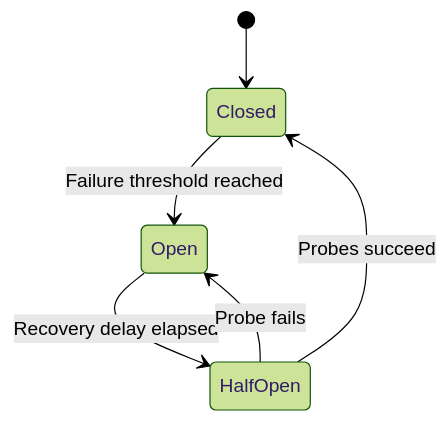
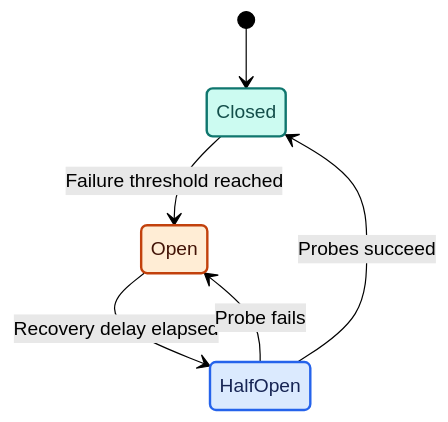
Before and after one commit to Shaktiprasadram22/system-design-26-week-roadmap: the first of 5 diagrams in chapters/03-reliability-security-and-lld.md, drawn with Mermaid (forest theme). The commit also changed other lines of this file and 21 other files, not shown here.

````diff
--- a/chapters/03-reliability-security-and-lld.md
+++ b/chapters/03-reliability-security-and-lld.md
@@ -43,8 +47,14 @@
 ```mermaid
 stateDiagram-v2
     [*] --> Closed
     Closed --> Open: Failure threshold reached
     Open --> HalfOpen: Recovery delay elapsed
     HalfOpen --> Closed: Probes succeed
     HalfOpen --> Open: Probe fails
+    classDef stable fill:#ccfbf1,stroke:#0f766e,color:#134e4a,stroke-width:2px;
+    classDef blocked fill:#ffedd5,stroke:#c2410c,color:#431407,stroke-width:2px;
+    classDef probe fill:#dbeafe,stroke:#2563eb,color:#172554,stroke-width:2px;
+    class Closed stable
+    class Open blocked
+    class HalfOpen probe
 ```
````
